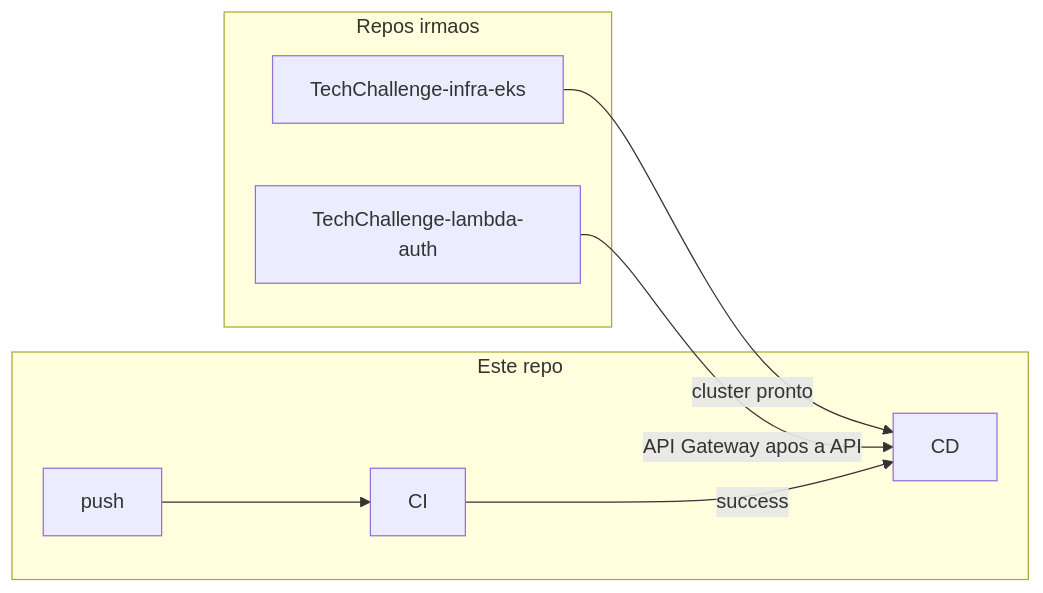
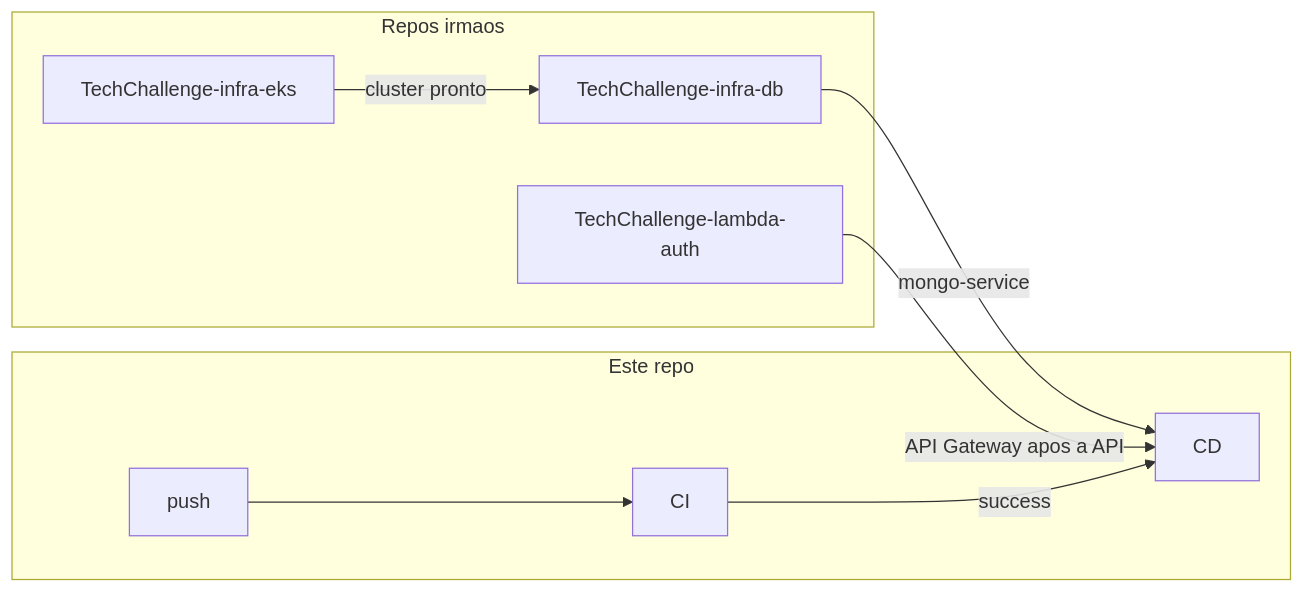
Before and after one commit to RuannGodinho/TechChallenge-Fiap: the diagram in docs/GITHUB-ACTIONS.md, drawn with Mermaid. The commit also changed other lines of this file and 12 other files, not shown here.

First line of the commit message:
Stop deploying Mongo from this repo; wait for infra-db on EKS.

````diff
--- a/docs/GITHUB-ACTIONS.md
+++ b/docs/GITHUB-ACTIONS.md
@@ -12,17 +12,19 @@
 ```mermaid
 flowchart LR
   subgraph app [Este repo]
     P[push]
     C[CI]
     D[CD]
   end
 
   subgraph others [Repos irmaos]
     EKS[TechChallenge-infra-eks]
+    DB[TechChallenge-infra-db]
     LAM[TechChallenge-lambda-auth]
   end
 
-  EKS -->|cluster pronto| D
+  EKS -->|cluster pronto| DB
+  DB -->|mongo-service| D
   P --> C -->|success| D
   LAM -->|API Gateway apos a API| D
 ```
````
